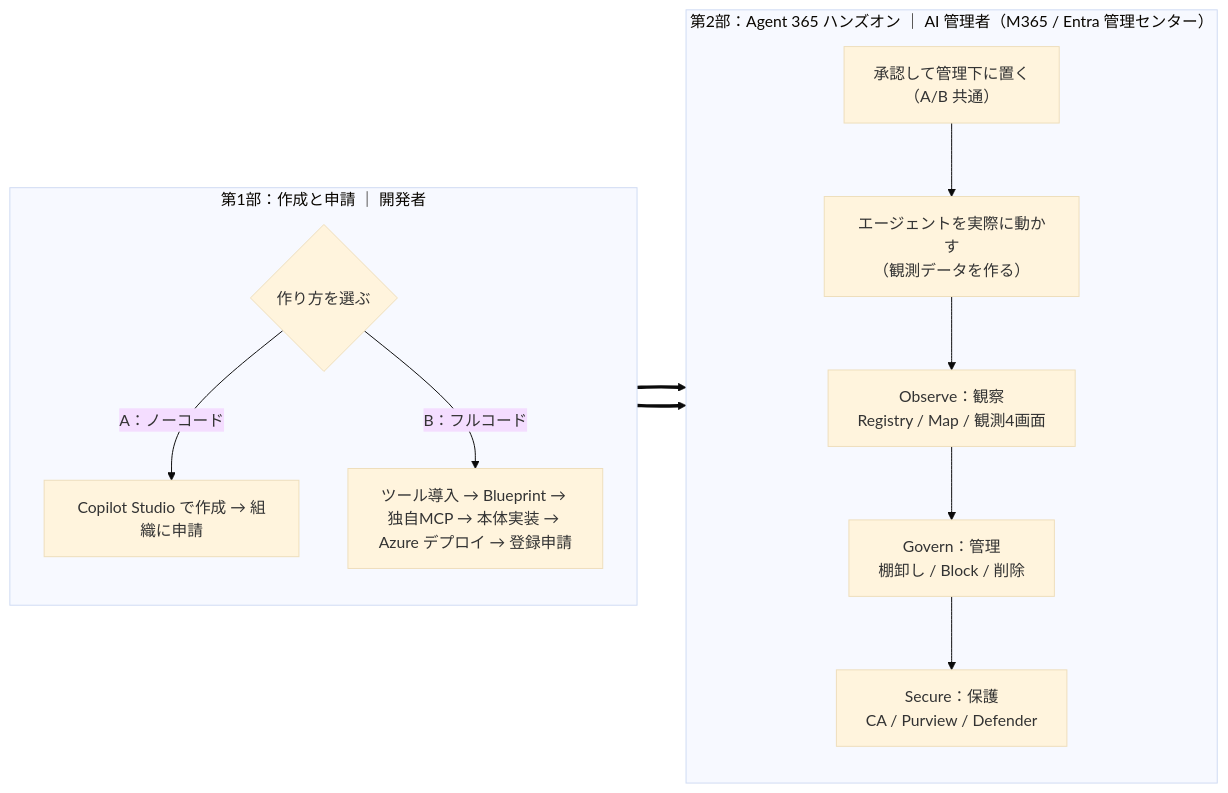
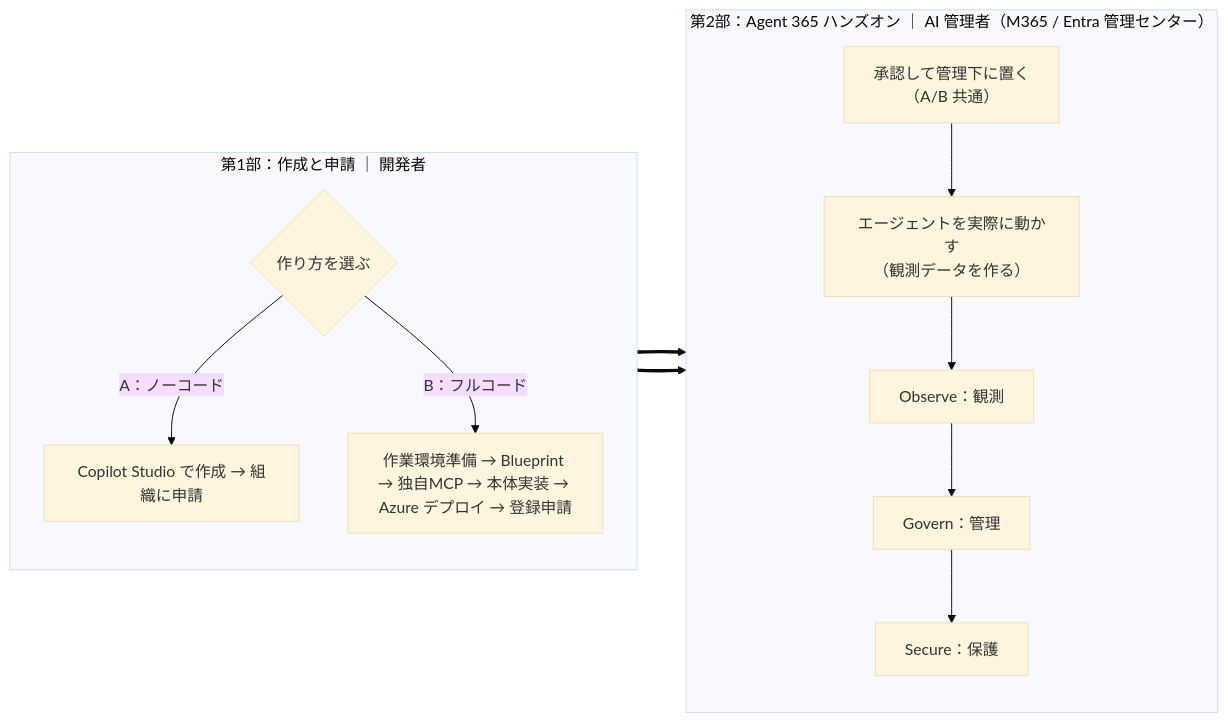
Before and after one commit to fatman3110/Agent365-Training: the diagram in README.MD, drawn with Mermaid (base theme). The commit also changed other lines of this file and 1 other file, not shown here.

````diff
--- a/README.MD
+++ b/README.MD
@@ -22,18 +22,18 @@
 ```mermaid
 flowchart LR
     subgraph P1["第1部：作成と申請 ｜ 開発者"]
         direction TB
         A0{"作り方を選ぶ"}
         A0 -->|"A：ノーコード"| AA["Copilot Studio で作成 → 組織に申請"]
-        A0 -->|"B：フルコード"| AB["ツール導入 → Blueprint → 独自MCP → 本体実装 → Azure デプロイ → 登録申請"]
+        A0 -->|"B：フルコード"| AB["作業環境準備 → Blueprint → 独自MCP → 本体実装 → Azure デプロイ → 登録申請"]
     end
     subgraph P2["第2部：Agent 365 ハンズオン ｜ AI 管理者（M365 / Entra 管理センター）"]
         direction TB
         B1["承認して管理下に置く<br/>（A/B 共通）"] --> B2["エージェントを実際に動かす<br/>（観測データを作る）"]
-        B2 --> B3["Observe：観察<br/>Registry / Map / 観測4画面"]
-        B3 --> B4["Govern：管理<br/>棚卸し / Block / 削除"]
-        B4 --> B5["Secure：保護<br/>CA / Purview / Defender"]
+        B2 --> B3["Observe：観測"]
+        B3 --> B4["Govern：管理"]
+        B4 --> B5["Secure：保護"]
     end
     AA ==> B1
     AB ==> B1
 ```
````
